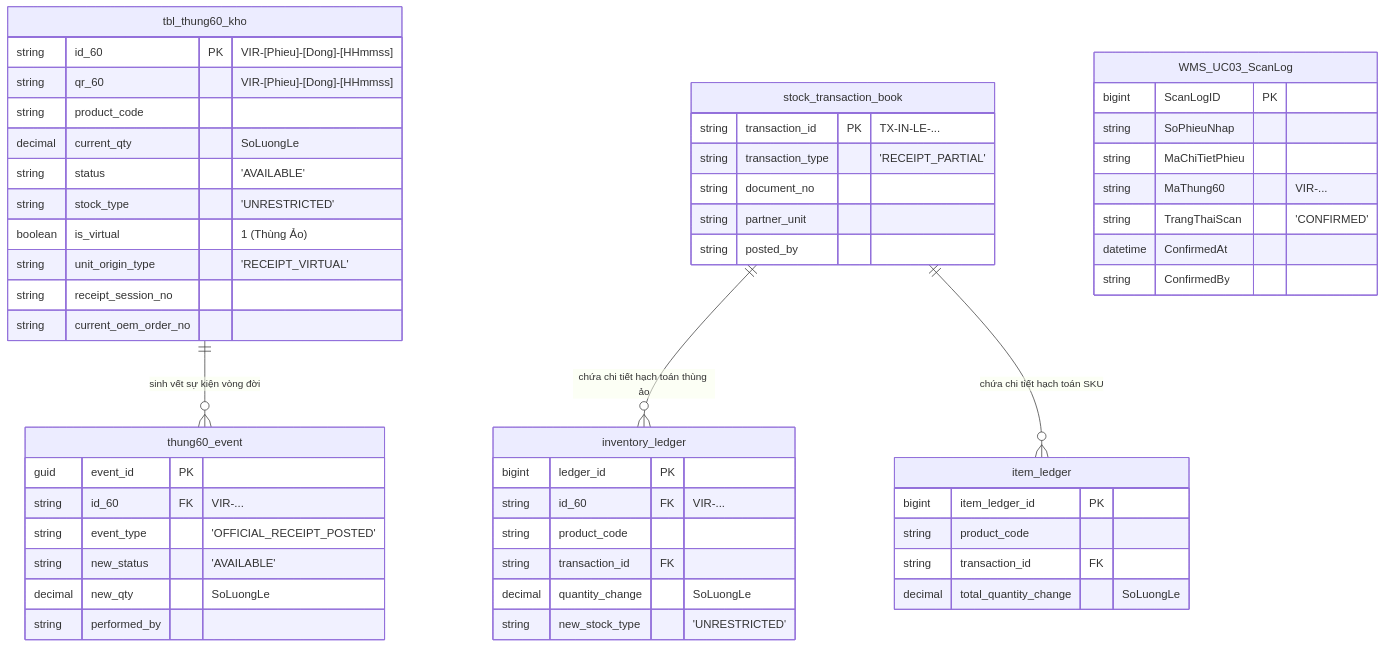
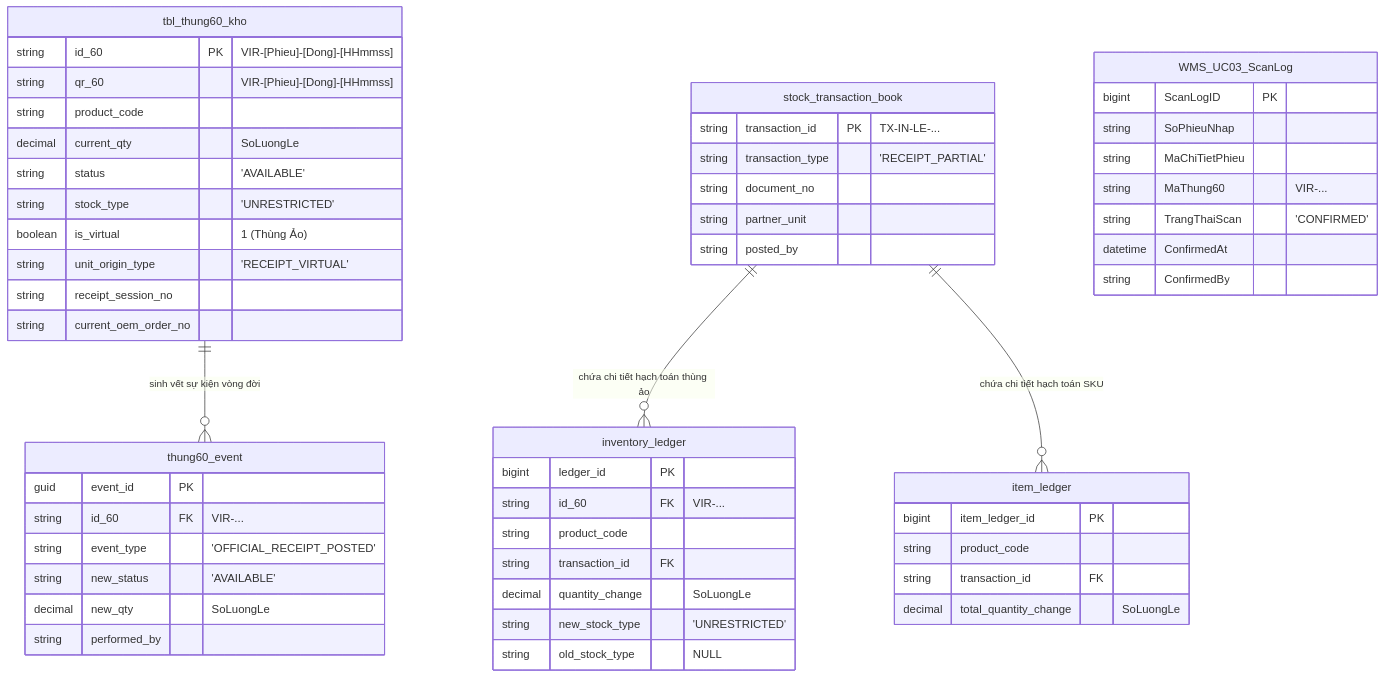
The third of 3 diagrams in 02_Process_UseCase/UC04_1_Partial_Receipt.md (Sohoa-KNSG/wms1), drawn with Mermaid before and after one commit. The commit also changed other lines of this file and 54 other files, not shown here.

````diff
--- a/02_Process_UseCase/UC04_1_Partial_Receipt.md
+++ b/02_Process_UseCase/UC04_1_Partial_Receipt.md
@@ -349,62 +349,63 @@
 ```mermaid
 erDiagram
     tbl_thung60_kho ||--o{ thung60_event : "sinh vết sự kiện vòng đời"
     stock_transaction_book ||--o{ inventory_ledger : "chứa chi tiết hạch toán thùng ảo"
     stock_transaction_book ||--o{ item_ledger : "chứa chi tiết hạch toán SKU"
 
     tbl_thung60_kho {
         string id_60 PK "VIR-[Phieu]-[Dong]-[HHmmss]"
         string qr_60 "VIR-[Phieu]-[Dong]-[HHmmss]"
         string product_code
         decimal current_qty "SoLuongLe"
         string status "'AVAILABLE'"
         string stock_type "'UNRESTRICTED'"
         boolean is_virtual "1 (Thùng Ảo)"
         string unit_origin_type "'RECEIPT_VIRTUAL'"
         string receipt_session_no
         string current_oem_order_no
     }
 
     WMS_UC03_ScanLog {
         bigint ScanLogID PK
         string SoPhieuNhap
         string MaChiTietPhieu
         string MaThung60 "VIR-..."
         string TrangThaiScan "'CONFIRMED'"
         datetime ConfirmedAt
         string ConfirmedBy
     }
 
     stock_transaction_book {
         string transaction_id PK "TX-IN-LE-..."
         string transaction_type "'RECEIPT_PARTIAL'"
         string document_no
         string partner_unit
         string posted_by
     }
 
     inventory_ledger {
         bigint ledger_id PK
         string id_60 FK "VIR-..."
         string product_code
         string transaction_id FK
         decimal quantity_change "SoLuongLe"
         string new_stock_type "'UNRESTRICTED'"
+        string old_stock_type "NULL"
     }
 
     item_ledger {
         bigint item_ledger_id PK
         string product_code
         string transaction_id FK
         decimal total_quantity_change "SoLuongLe"
     }
 
     thung60_event {
         guid event_id PK
         string id_60 FK "VIR-..."
         string event_type "'OFFICIAL_RECEIPT_POSTED'"
         string new_status "'AVAILABLE'"
         decimal new_qty "SoLuongLe"
         string performed_by
     }
 ```
````
